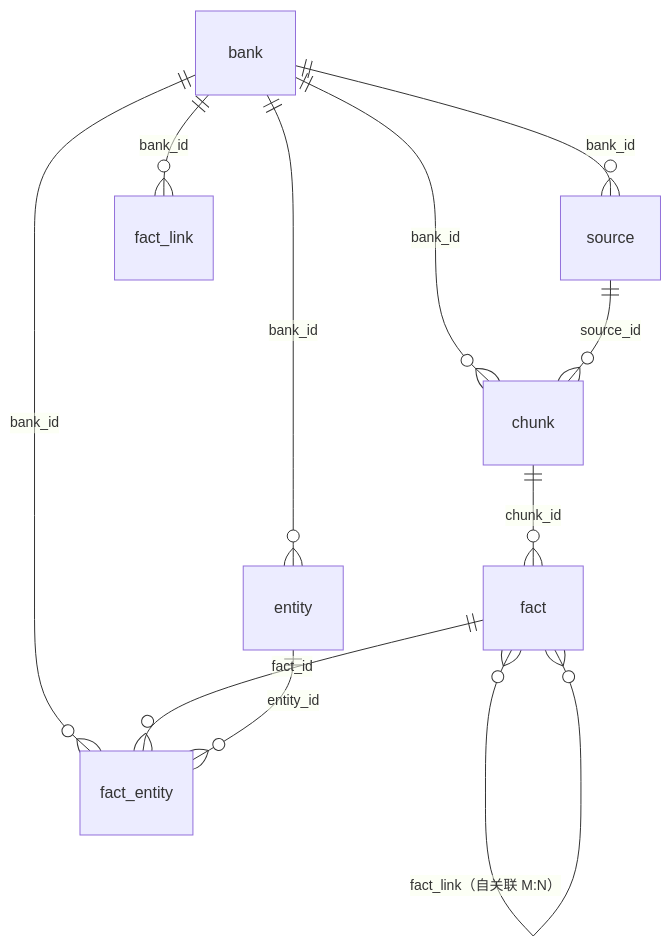
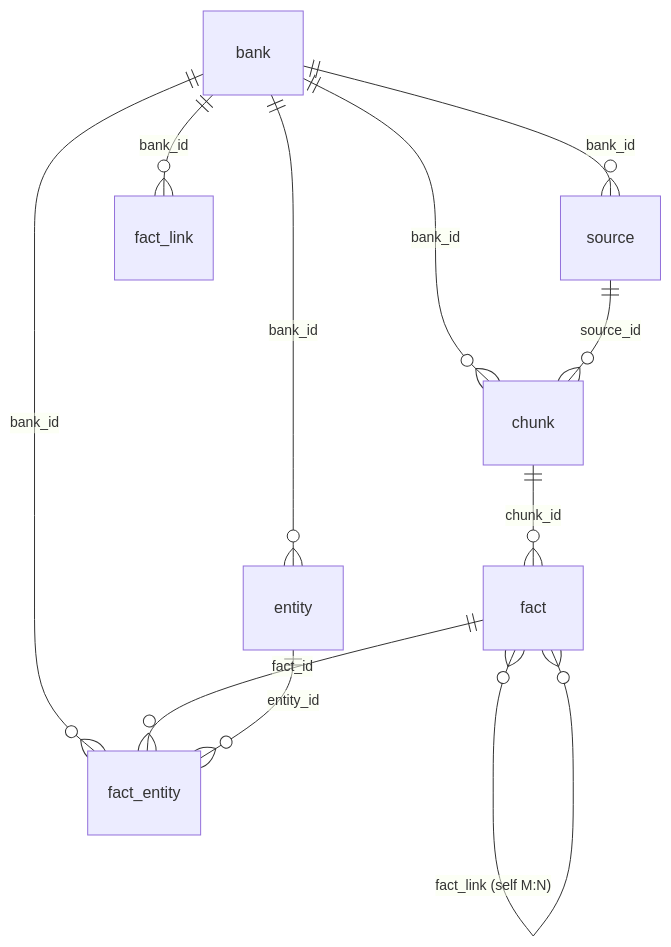
The diagram in design/memory-schema.md (lichuang/memorybank), drawn with Mermaid before and after one commit. The commit also changed other lines of this file and 3 other files, not shown here.

````diff
--- a/design/memory-schema.md
+++ b/design/memory-schema.md
@@ -211,13 +212,13 @@
 ```mermaid
 erDiagram
     bank ||--o{ source : "bank_id"
     bank ||--o{ entity : "bank_id"
     bank ||--o{ chunk : "bank_id"
     bank ||--o{ fact_entity : "bank_id"
     bank ||--o{ fact_link : "bank_id"
     source ||--o{ chunk : "source_id"
     chunk ||--o{ fact : "chunk_id"
     fact ||--o{ fact_entity : "fact_id"
     entity ||--o{ fact_entity : "entity_id"
-    fact }o--o{ fact : "fact_link（自关联 M:N）"
+    fact }o--o{ fact : "fact_link (self M:N)"
 ```
````
